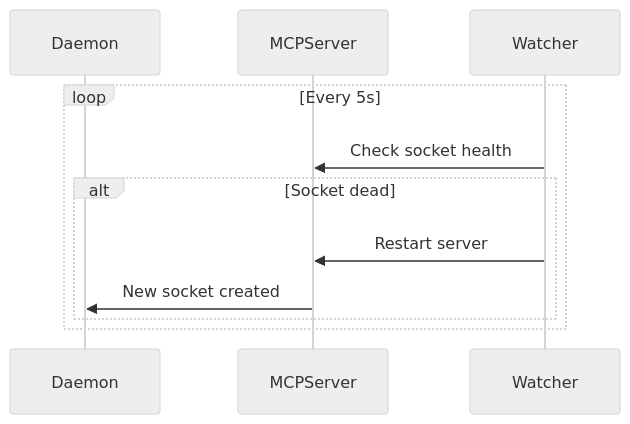
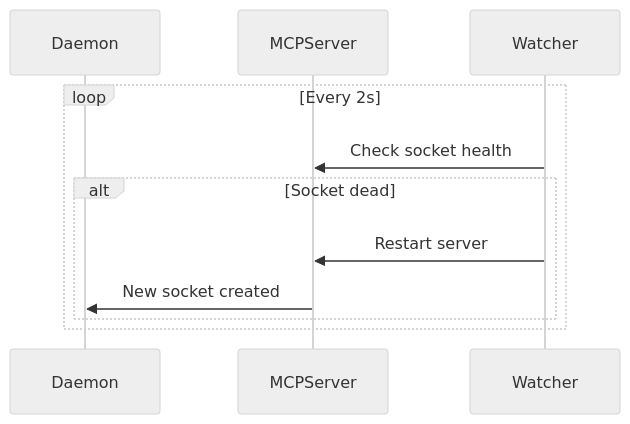
The fourth of 5 diagrams in docs/project/design/architecture/daemon.md (InstruktAI/TeleClaude), drawn with Mermaid (neutral theme) before and after one commit. The commit also changed other lines of this file and 80 other files, not shown here.

````diff
--- a/docs/project/design/architecture/daemon.md
+++ b/docs/project/design/architecture/daemon.md
@@ -127,14 +126,14 @@
 ```mermaid
 sequenceDiagram
     participant Daemon
     participant MCPServer
     participant Watcher
 
-    loop Every 5s
+    loop Every 2s
         Watcher->>MCPServer: Check socket health
         alt Socket dead
             Watcher->>MCPServer: Restart server
             MCPServer->>Daemon: New socket created
         end
     end
 ```
````
